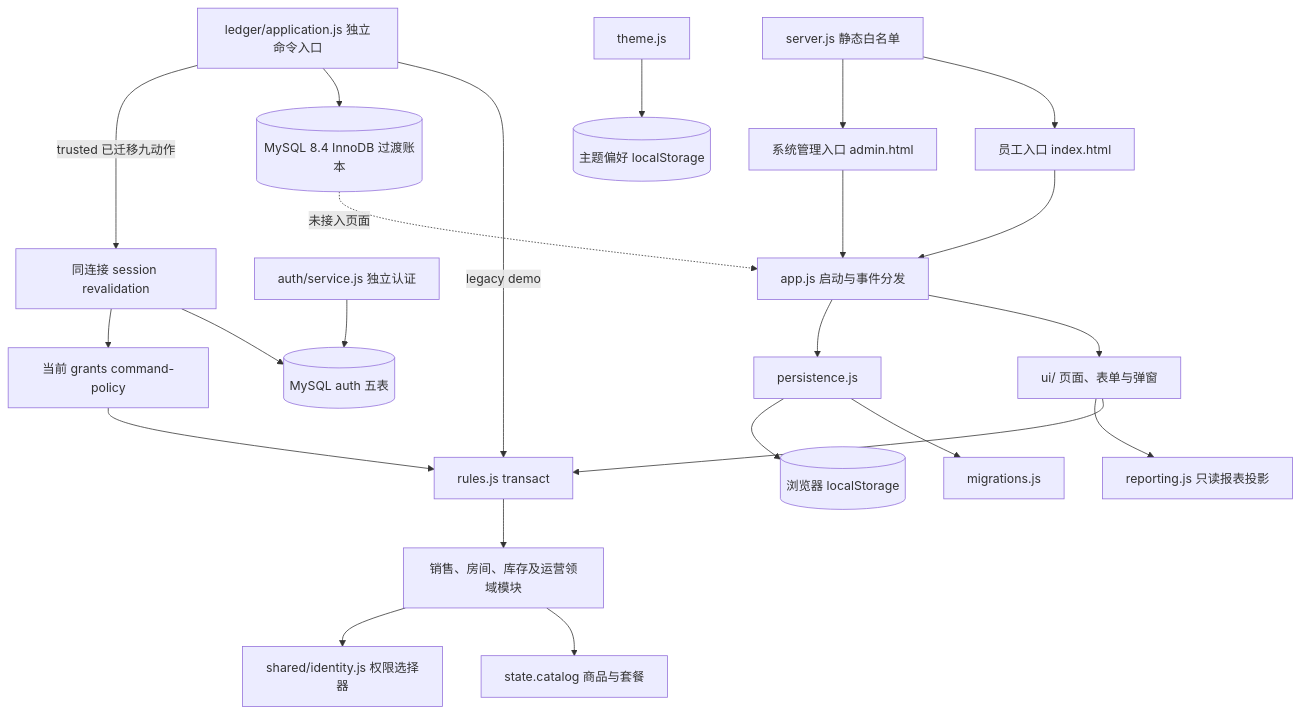
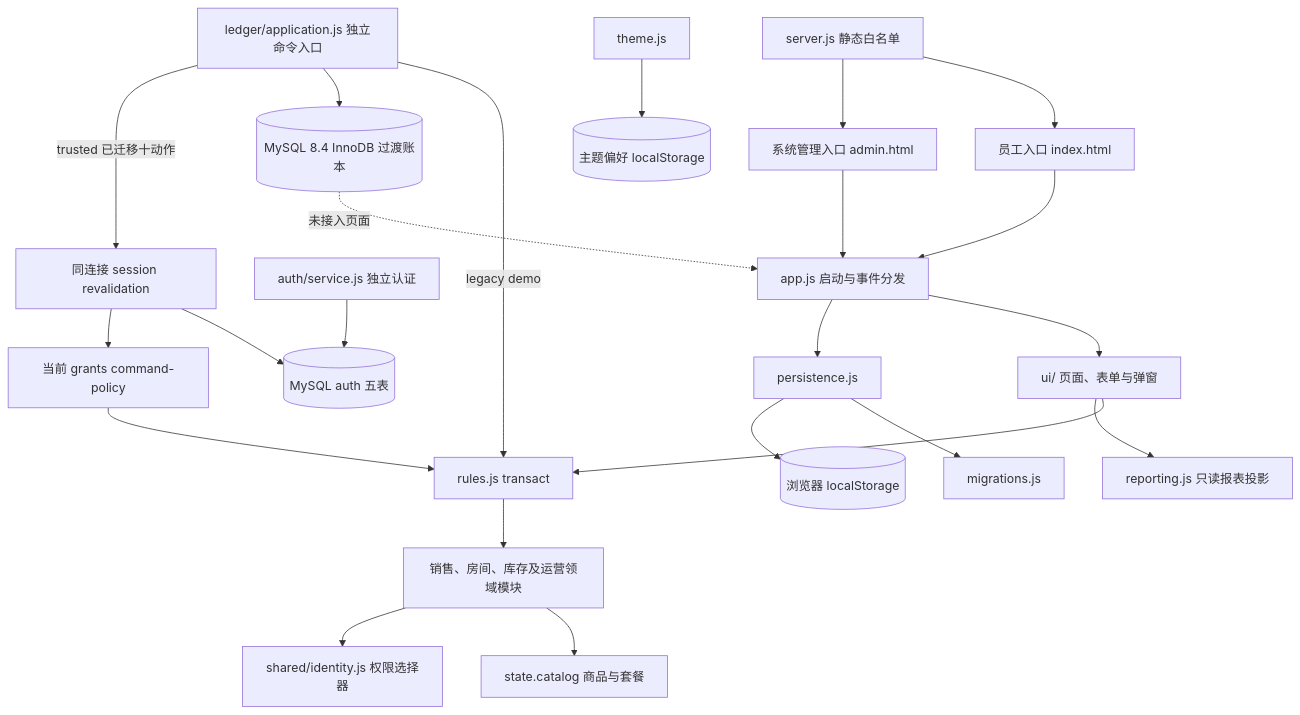
One commit to Richard-Zhuo/codex-KTV changed the diagram in docs/ARCHITECTURE.md. Above: the diagram before and after it, drawn with Mermaid. The commit also changed other lines of this file and 18 other files, not shown here.

````diff
--- a/docs/ARCHITECTURE.md
+++ b/docs/ARCHITECTURE.md
@@ -7,25 +7,25 @@
 ```mermaid
 flowchart TD
   E[员工入口 index.html] --> APP[app.js 启动与事件分发]
   A[系统管理入口 admin.html] --> APP
   APP --> UI[ui/ 页面、表单与弹窗]
   APP --> P[persistence.js]
   P --> M[migrations.js]
   P --> LS[(浏览器 localStorage)]
   UI --> TX[rules.js transact]
   TX --> D[销售、房间、库存及运营领域模块]
   UI --> REP[reporting.js 只读报表投影]
   D --> C[state.catalog 商品与套餐]
   D --> ID[shared/identity.js 权限选择器]
   T[theme.js] --> PREF[(主题偏好 localStorage)]
   S[server.js 静态白名单] --> E
   S --> A
   L[ledger/application.js 独立命令入口] -->|legacy demo| TX
   L --> DB[(MySQL 8.4 InnoDB 过渡账本)]
   AUTH[auth/service.js 独立认证] --> AUTHDB[(MySQL auth 五表)]
-  L -->|trusted 已迁移九动作| RV[同连接 session revalidation]
+  L -->|trusted 已迁移十动作| RV[同连接 session revalidation]
   RV --> AUTHDB
   RV --> CP[当前 grants command-policy]
   CP --> TX
   DB -. 未接入页面 .-> APP
 ```
````
